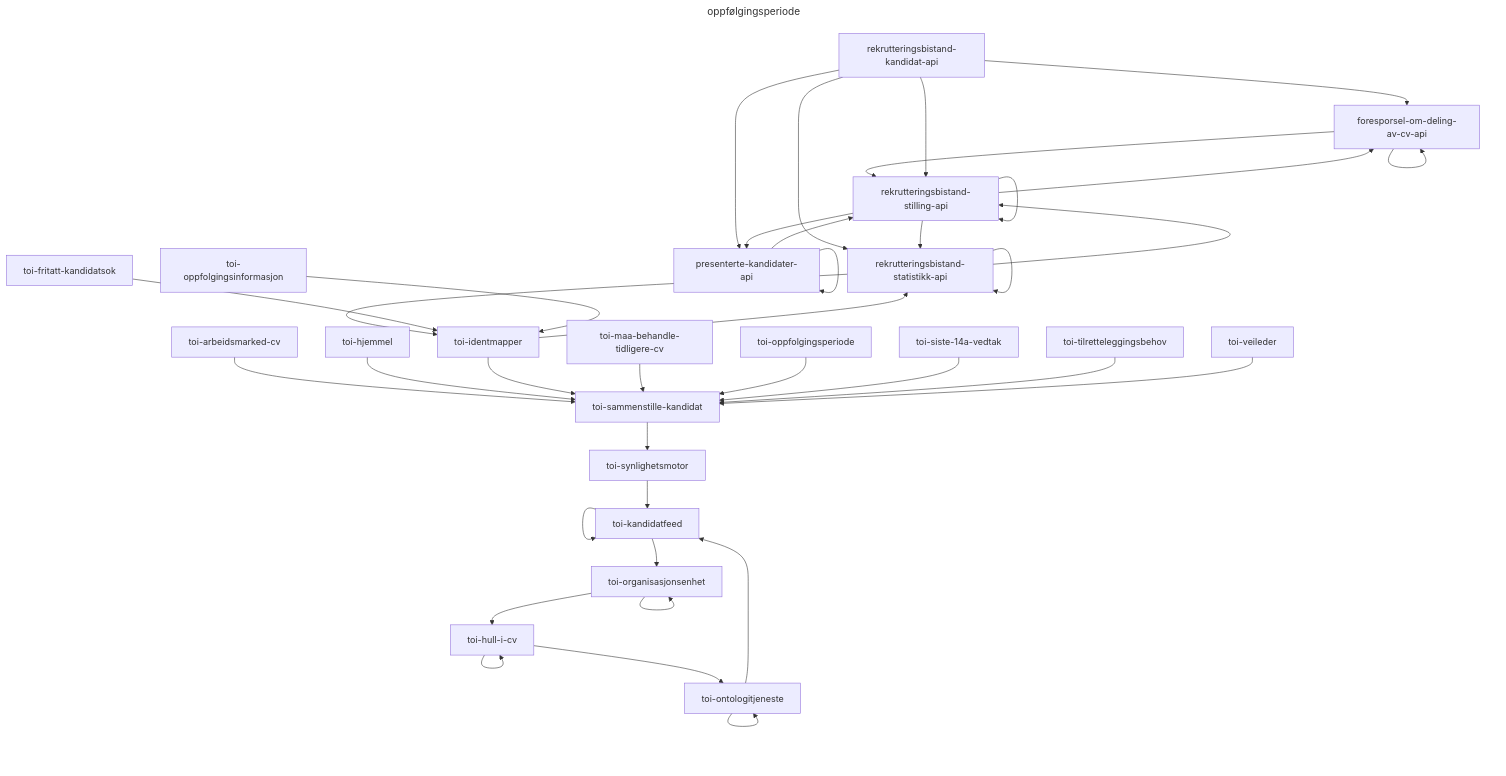
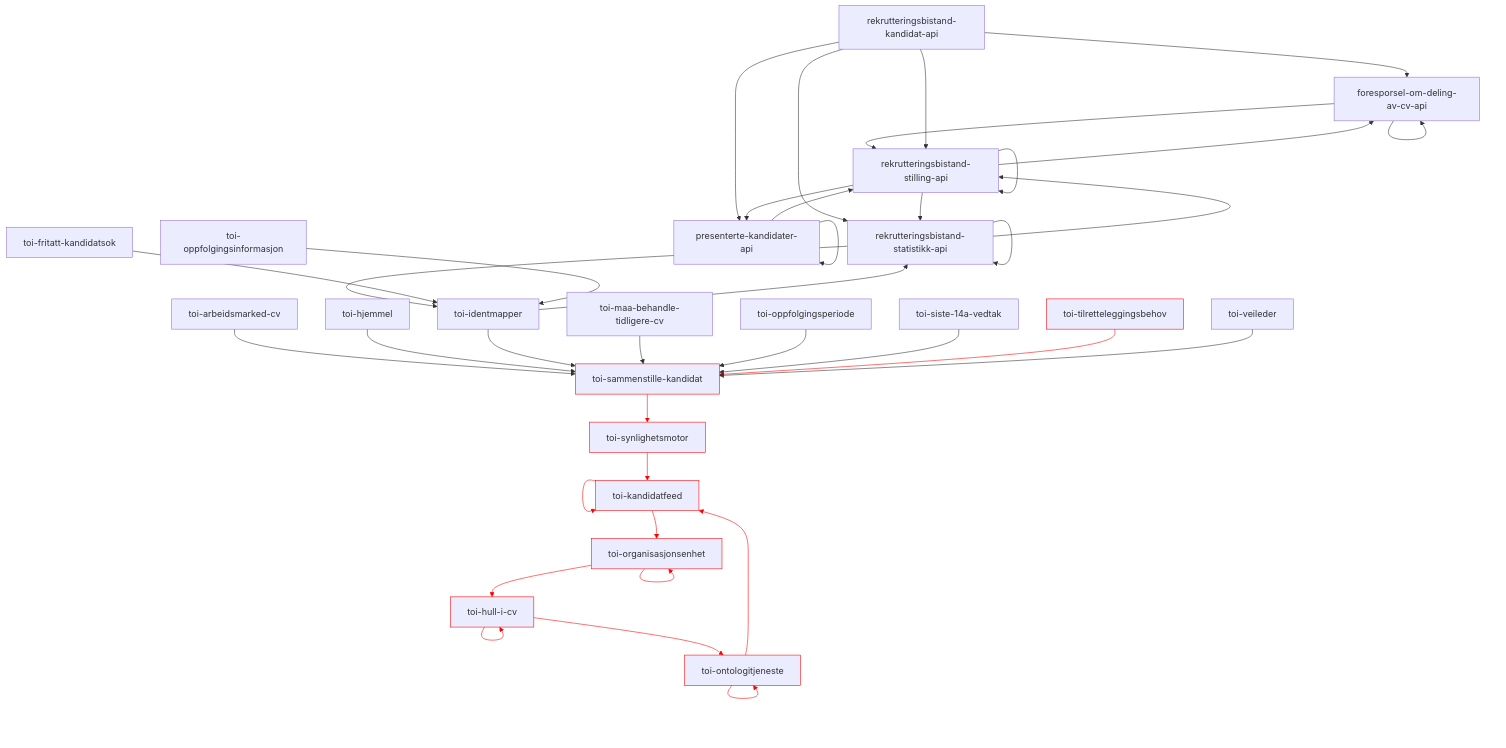
One commit to navikt/toi-rapids-and-rivers-grapher changed diagram 20 of 34 in README.md. Above: the diagram before and after it, drawn with Mermaid. The commit also changed other lines of this file, not shown here.

Commit message:
Oppdater Mermaid utskrift

````diff
--- a/README.md
+++ b/README.md
@@ -581,44 +813,42 @@
 ```mermaid
----
-title: oppfølgingsperiode
----
 graph TD;
 foresporsel-om-deling-av-cv-api --> foresporsel-om-deling-av-cv-api;
 foresporsel-om-deling-av-cv-api --> rekrutteringsbistand-stilling-api;
 presenterte-kandidater-api --> presenterte-kandidater-api;
 presenterte-kandidater-api --> rekrutteringsbistand-stilling-api;
 rekrutteringsbistand-kandidat-api --> foresporsel-om-deling-av-cv-api;
 rekrutteringsbistand-kandidat-api --> presenterte-kandidater-api;
 rekrutteringsbistand-kandidat-api --> rekrutteringsbistand-statistikk-api;
 rekrutteringsbistand-kandidat-api --> rekrutteringsbistand-stilling-api;
 rekrutteringsbistand-statistikk-api --> rekrutteringsbistand-statistikk-api;
 rekrutteringsbistand-statistikk-api --> rekrutteringsbistand-stilling-api;
 rekrutteringsbistand-statistikk-api --> toi-identmapper;
 rekrutteringsbistand-stilling-api --> foresporsel-om-deling-av-cv-api;
 rekrutteringsbistand-stilling-api --> presenterte-kandidater-api;
 rekrutteringsbistand-stilling-api --> rekrutteringsbistand-statistikk-api;
 rekrutteringsbistand-stilling-api --> rekrutteringsbistand-stilling-api;
 toi-arbeidsmarked-cv --> toi-sammenstille-kandidat;
 toi-fritatt-kandidatsok --> toi-identmapper;
 toi-hjemmel --> toi-sammenstille-kandidat;
-toi-hull-i-cv --> toi-hull-i-cv;
-toi-hull-i-cv --> toi-ontologitjeneste;
+toi-hull-i-cv:::x --> toi-hull-i-cv:::x;
+toi-hull-i-cv:::x --> toi-ontologitjeneste:::x;
 toi-identmapper --> rekrutteringsbistand-statistikk-api;
 toi-identmapper --> toi-sammenstille-kandidat;
-toi-kandidatfeed --> toi-kandidatfeed;
-toi-kandidatfeed --> toi-organisasjonsenhet;
+toi-kandidatfeed:::x --> toi-kandidatfeed:::x;
+toi-kandidatfeed:::x --> toi-organisasjonsenhet:::x;
 toi-maa-behandle-tidligere-cv --> toi-sammenstille-kandidat;
-toi-ontologitjeneste --> toi-kandidatfeed;
-toi-ontologitjeneste --> toi-ontologitjeneste;
+toi-ontologitjeneste:::x --> toi-kandidatfeed:::x;
+toi-ontologitjeneste:::x --> toi-ontologitjeneste:::x;
 toi-oppfolgingsinformasjon --> toi-identmapper;
 toi-oppfolgingsperiode --> toi-sammenstille-kandidat;
-toi-organisasjonsenhet --> toi-hull-i-cv;
-toi-organisasjonsenhet --> toi-organisasjonsenhet;
-toi-sammenstille-kandidat --> toi-synlighetsmotor;
+toi-organisasjonsenhet:::x --> toi-hull-i-cv:::x;
+toi-organisasjonsenhet:::x --> toi-organisasjonsenhet:::x;
+toi-sammenstille-kandidat:::x --> toi-synlighetsmotor:::x;
 toi-siste-14a-vedtak --> toi-sammenstille-kandidat;
-toi-synlighetsmotor --> toi-kandidatfeed;
-toi-tilretteleggingsbehov --> toi-sammenstille-kandidat;
+toi-synlighetsmotor:::x --> toi-kandidatfeed:::x;
+toi-tilretteleggingsbehov:::x --> toi-sammenstille-kandidat:::x;
 toi-veileder --> toi-sammenstille-kandidat;
 
-
+linkStyle 18,19,22,23,25,26,29,30,31,33,34 stroke:red;
+classDef x stroke: red;
 ```
````
